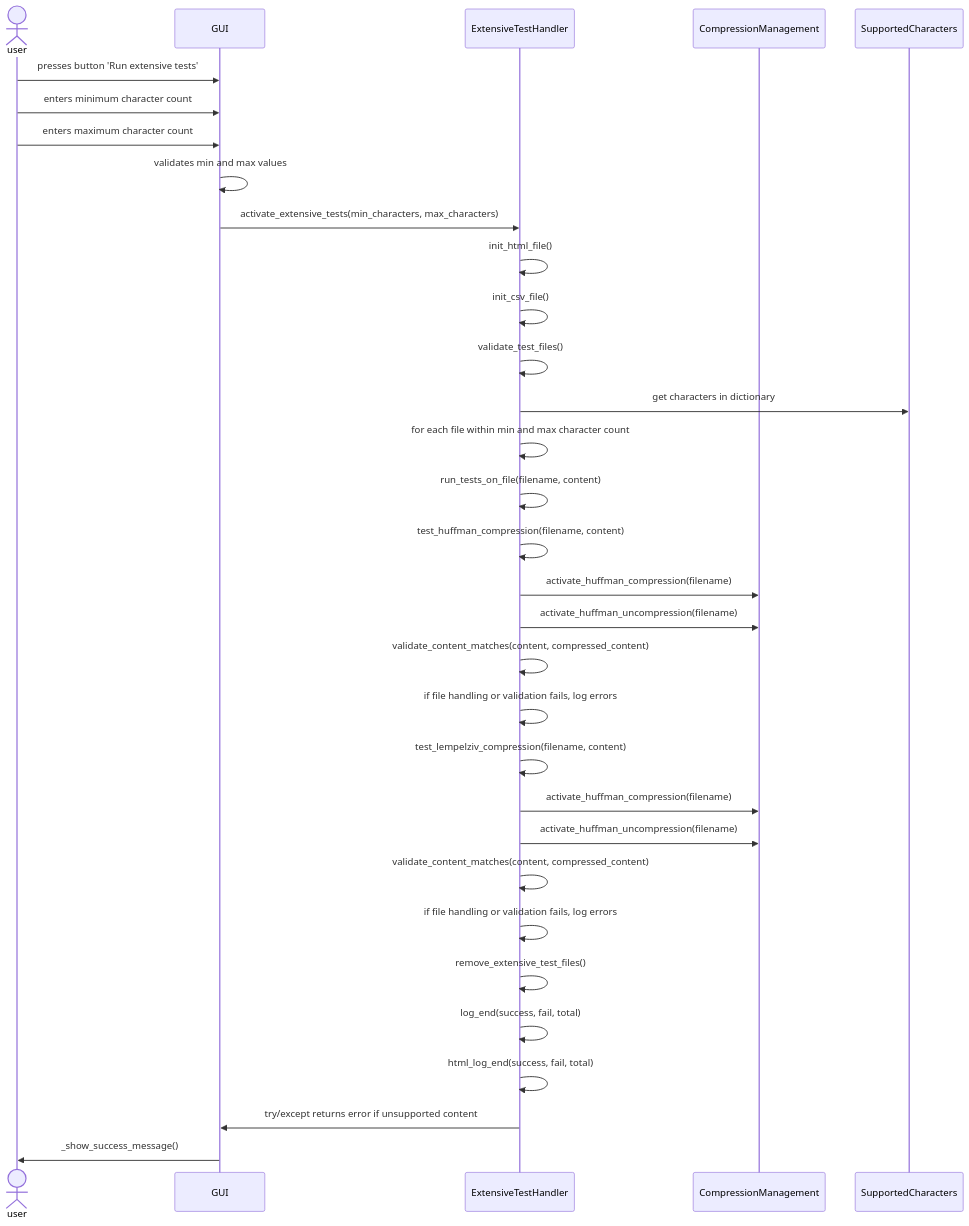
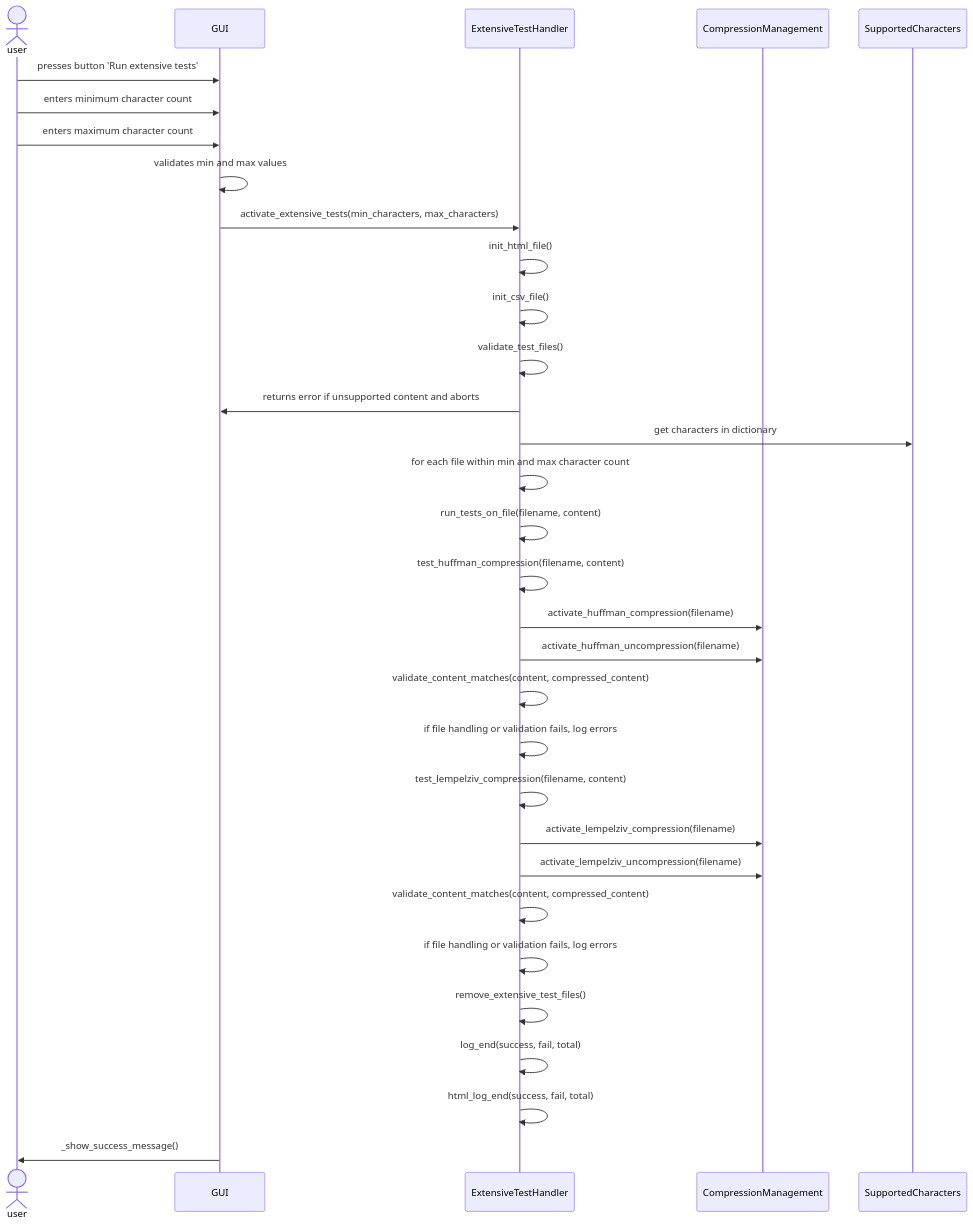
Before and after one commit to heidi-holappa/tira-labra-2022: the third of 3 diagrams in documentation/architecture.md, drawn with Mermaid.

Commit message:
Update SequenceDiagram

````diff
--- a/documentation/architecture.md
+++ b/documentation/architecture.md
@@ -79,34 +79,34 @@
 ```mermaid
 sequenceDiagram
 actor user
 participant GUI
 participant ExtensiveTestHandler
 participant CompressionManagement
 participant SupportedCharacters
 user ->> GUI: presses button 'Run extensive tests'
 user ->> GUI: enters minimum character count
 user ->> GUI: enters maximum character count
 GUI ->> GUI: validates min and max values
 GUI ->> ExtensiveTestHandler: activate_extensive_tests(min_characters, max_characters)
 ExtensiveTestHandler ->> ExtensiveTestHandler: init_html_file()
 ExtensiveTestHandler ->> ExtensiveTestHandler: init_csv_file()
 ExtensiveTestHandler ->> ExtensiveTestHandler: validate_test_files()
+ExtensiveTestHandler ->> GUI: returns error if unsupported content and aborts
 ExtensiveTestHandler ->> SupportedCharacters: get characters in dictionary
 ExtensiveTestHandler ->> ExtensiveTestHandler: for each file within min and max character count
 ExtensiveTestHandler ->> ExtensiveTestHandler: run_tests_on_file(filename, content)
 ExtensiveTestHandler ->> ExtensiveTestHandler: test_huffman_compression(filename, content)
 ExtensiveTestHandler ->> CompressionManagement: activate_huffman_compression(filename)
 ExtensiveTestHandler ->> CompressionManagement: activate_huffman_uncompression(filename)
 ExtensiveTestHandler ->> ExtensiveTestHandler: validate_content_matches(content, compressed_content)
 ExtensiveTestHandler ->> ExtensiveTestHandler: if file handling or validation fails, log errors
 ExtensiveTestHandler ->> ExtensiveTestHandler: test_lempelziv_compression(filename, content)
-ExtensiveTestHandler ->> CompressionManagement: activate_huffman_compression(filename)
-ExtensiveTestHandler ->> CompressionManagement: activate_huffman_uncompression(filename)
+ExtensiveTestHandler ->> CompressionManagement: activate_lempelziv_compression(filename)
+ExtensiveTestHandler ->> CompressionManagement: activate_lempelziv_uncompression(filename)
 ExtensiveTestHandler ->> ExtensiveTestHandler: validate_content_matches(content, compressed_content)
 ExtensiveTestHandler ->> ExtensiveTestHandler: if file handling or validation fails, log errors
 ExtensiveTestHandler ->> ExtensiveTestHandler: remove_extensive_test_files()
 ExtensiveTestHandler ->> ExtensiveTestHandler: log_end(success, fail, total)
 ExtensiveTestHandler ->> ExtensiveTestHandler: html_log_end(success, fail, total)
-ExtensiveTestHandler ->> GUI: try/except returns error if unsupported content
 GUI ->> user: _show_success_message()
 ```
````
